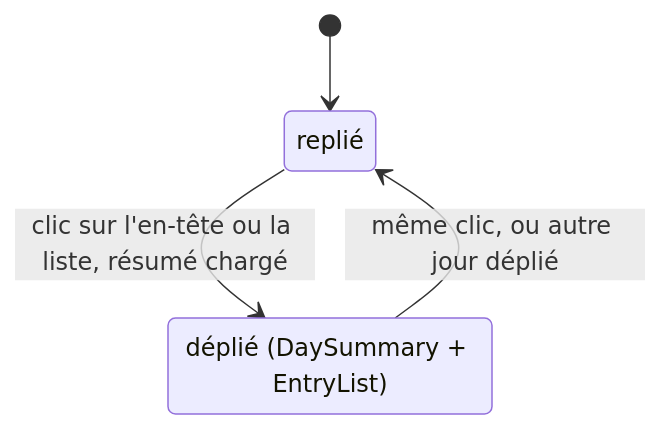
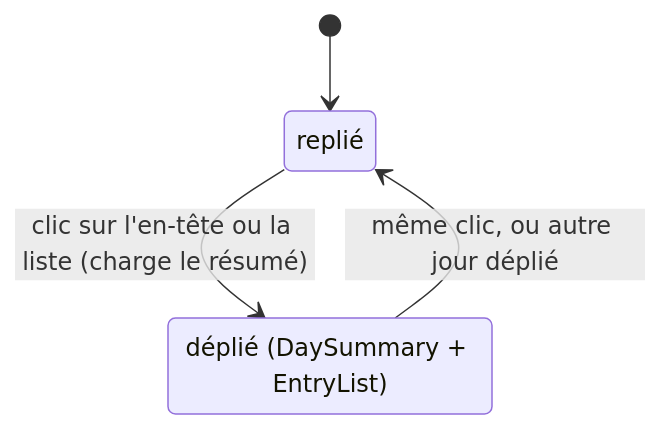
The ninth of 16 diagrams in docs/dependances.md (brieuc/dailyvue), drawn with Mermaid before and after one commit. The commit also changed other lines of this file and 30 other files, not shown here.

````diff
--- a/docs/dependances.md
+++ b/docs/dependances.md
@@ -261,8 +263,8 @@
 ```mermaid
 stateDiagram-v2
     [*] --> Replie
-    Replie --> Deplie: clic sur l'en-tête ou la liste, résumé chargé
+    Replie --> Deplie: clic sur l'en-tête ou la liste (charge le résumé)
     Deplie --> Replie: même clic, ou autre jour déplié
     Replie: replié
     Deplie: déplié (DaySummary + EntryList)
 ```
````
